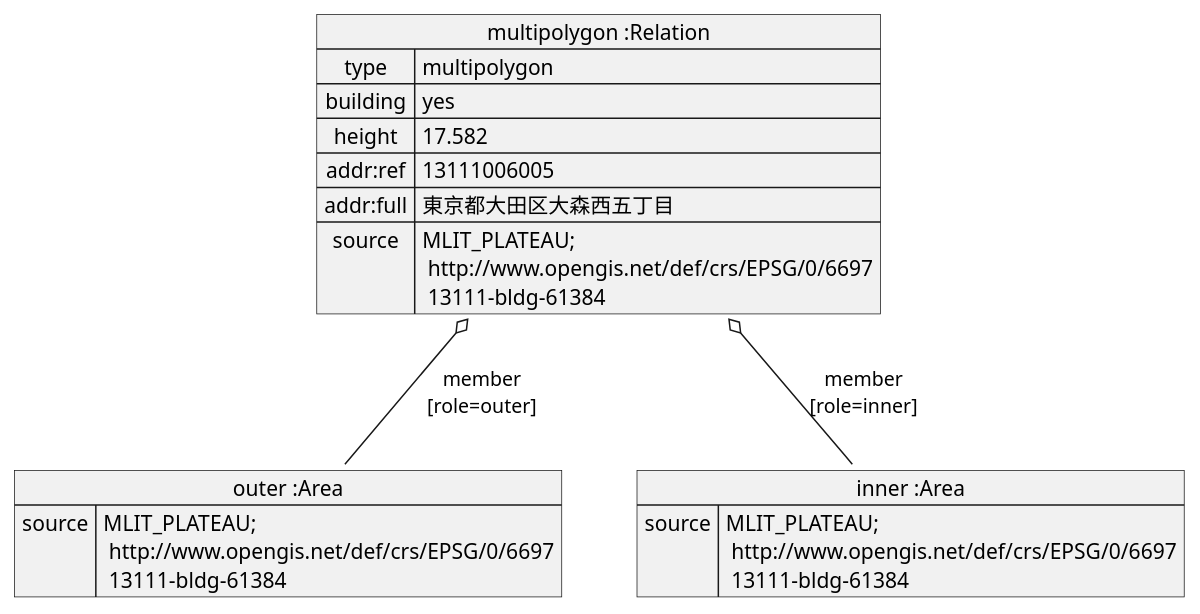
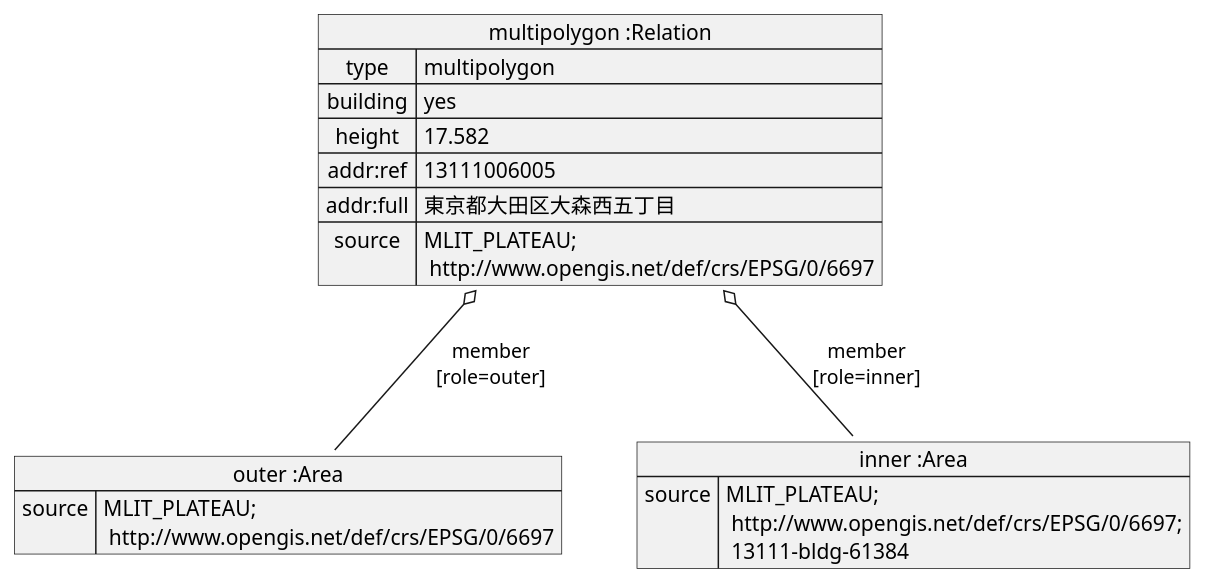
Before and after one commit to yuuhayashi/citygml-osm: the diagram in doc/building/sample-b-osm.pu, drawn with PlantUML. The commit also changed 26 other files, not shown here.

```diff
--- a/doc/building/sample-b-osm.pu
+++ b/doc/building/sample-b-osm.pu
@@ -1,19 +1,19 @@
 @startuml
 map "multipolygon :Relation" as multipolygon {
  type => multipolygon
  building => yes
  height => 17.582
  addr:ref => 13111006005
  addr:full => 東京都大田区大森西五丁目
- source => MLIT_PLATEAU;\n http://www.opengis.net/def/crs/EPSG/0/6697\n 13111-bldg-61384
+ source => MLIT_PLATEAU;\n http://www.opengis.net/def/crs/EPSG/0/6697
 }
 map "outer :Area" as outer {
- source => MLIT_PLATEAU;\n http://www.opengis.net/def/crs/EPSG/0/6697\n 13111-bldg-61384
+ source => MLIT_PLATEAU;\n http://www.opengis.net/def/crs/EPSG/0/6697
 }
 map "inner :Area" as a {
- source => MLIT_PLATEAU;\n http://www.opengis.net/def/crs/EPSG/0/6697\n 13111-bldg-61384
+ source => MLIT_PLATEAU;\n http://www.opengis.net/def/crs/EPSG/0/6697;\n 13111-bldg-61384
 }
 
 multipolygon o-- outer : member\n[role=outer]
 multipolygon o-- a : member\n[role=inner]
 @enduml
```
